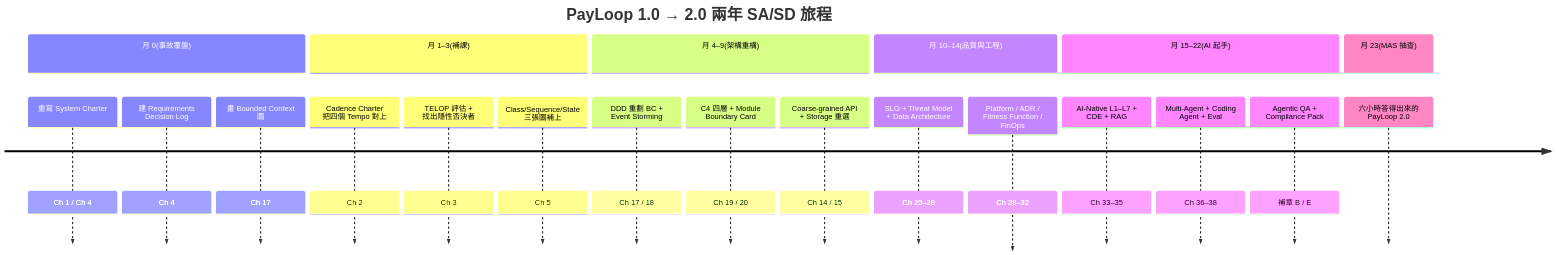
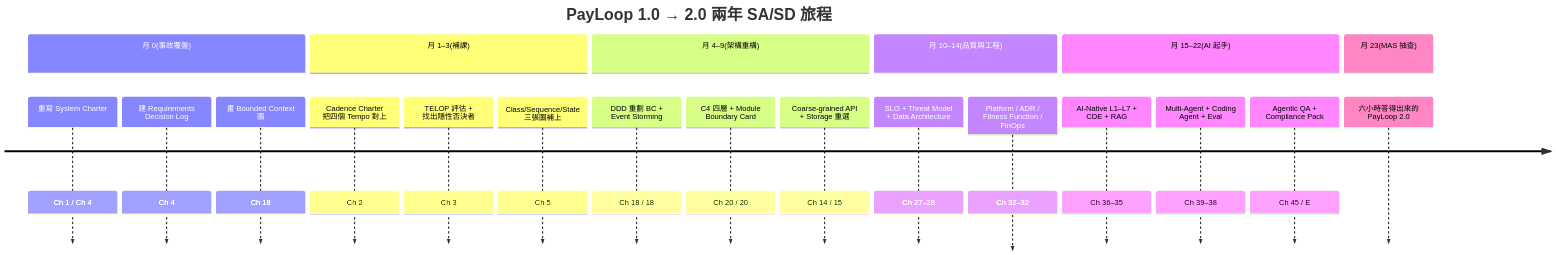
The first of 3 diagrams in book/part-08-synthesis/ch-47-capstone.md (EddyKuo/sa-sd-playbook), drawn with Mermaid before and after one commit. The commit also changed other lines of this file and 77 other files, not shown here.

````diff
--- a/book/part-08-synthesis/ch-47-capstone.md
+++ b/book/part-08-synthesis/ch-47-capstone.md
@@ -78,25 +78,25 @@
 ```mermaid
 timeline
     title PayLoop 1.0 → 2.0 兩年 SA/SD 旅程
     section 月 0(事故覆盤)
       重寫 System Charter   : Ch 1 / Ch 4
       建 Requirements Decision Log : Ch 4
-      畫 Bounded Context 圖 : Ch 17
+      畫 Bounded Context 圖 : Ch 18
     section 月 1–3(補課)
       Cadence Charter 把四個 Tempo 對上 : Ch 2
       TELOP 評估 + 找出隱性否決者 : Ch 3
       Class/Sequence/State 三張圖補上 : Ch 5
     section 月 4–9(架構重構)
-      DDD 重劃 BC + Event Storming : Ch 17 / 18
-      C4 四層 + Module Boundary Card : Ch 19 / 20
+      DDD 重劃 BC + Event Storming : Ch 18 / 18
+      C4 四層 + Module Boundary Card : Ch 20 / 20
       Coarse-grained API + Storage 重選 : Ch 14 / 15
     section 月 10–14(品質與工程)
-      SLO + Threat Model + Data Architecture : Ch 25–28
-      Platform / ADR / Fitness Function / FinOps : Ch 29–32
+      SLO + Threat Model + Data Architecture : Ch 27–28
+      Platform / ADR / Fitness Function / FinOps : Ch 32–32
     section 月 15–22(AI 起手)
-      AI-Native L1–L7 + CDE + RAG : Ch 33–35
-      Multi-Agent + Coding Agent + Eval : Ch 36–38
-      Agentic QA + Compliance Pack : 補章 B / E
+      AI-Native L1–L7 + CDE + RAG : Ch 36–35
+      Multi-Agent + Coding Agent + Eval : Ch 39–38
+      Agentic QA + Compliance Pack : Ch 45 / E
     section 月 23(MAS 抽查)
       六小時答得出來的 PayLoop 2.0
 ```
````
